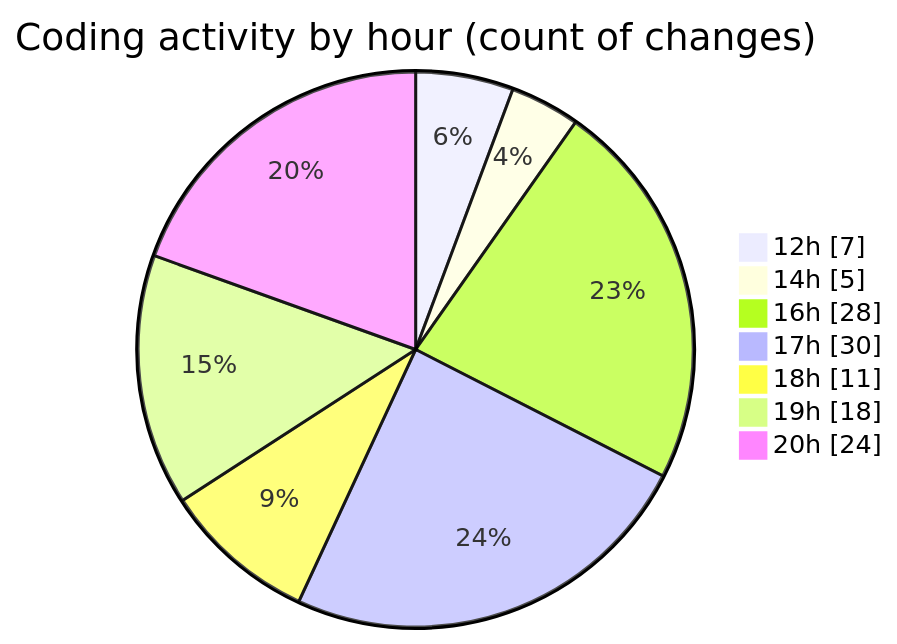
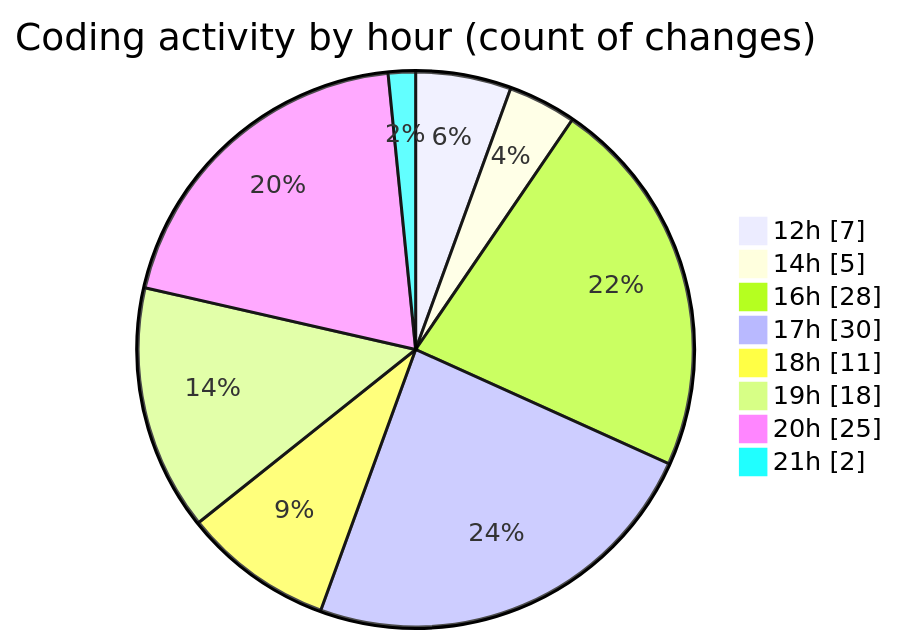
Before and after one commit to julien-gomy/code-tracking: the second of 2 diagrams in 2025-10-06/eventscop-frontend-guide__workspace_/README.md, drawn with Mermaid. The commit also changed other lines of this file and 1 other file, not shown here.

````diff
--- a/2025-10-06/eventscop-frontend-guide__workspace_/README.md
+++ b/2025-10-06/eventscop-frontend-guide__workspace_/README.md
@@ -67,11 +67,12 @@
 ```mermaid
 pie showData
 title Coding activity by hour (count of changes)
 "12h" : 7
 "14h" : 5
 "16h" : 28
 "17h" : 30
 "18h" : 11
 "19h" : 18
-"20h" : 24
+"20h" : 25
+"21h" : 2
 ```
````
